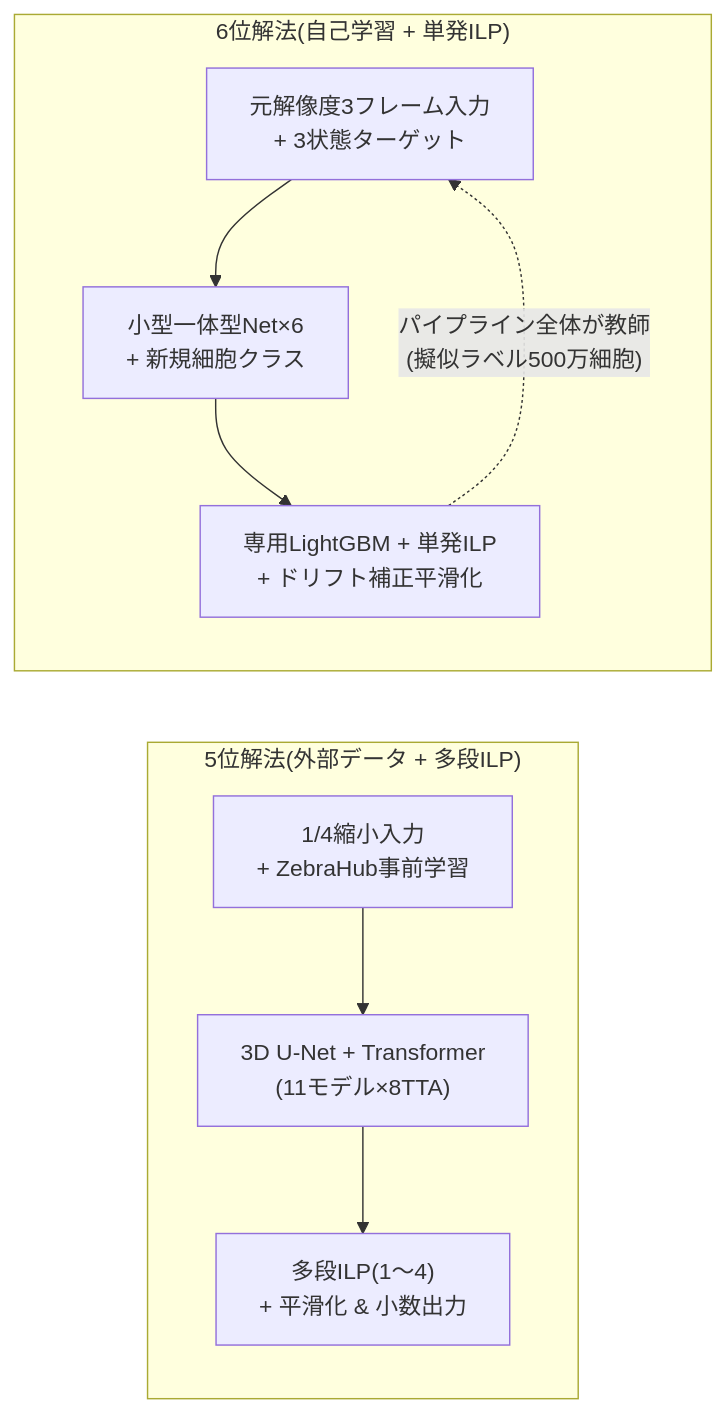
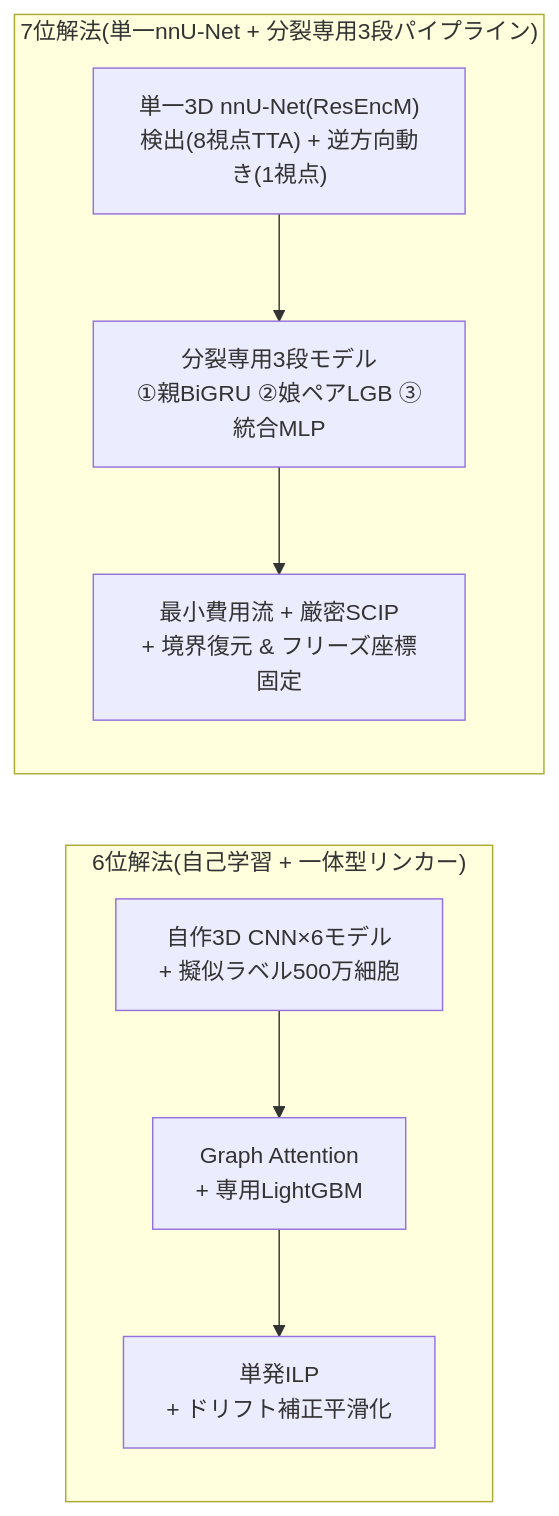
Before and after one commit to kito2718/kgle_001_BCT_Episode: the first of 5 diagrams in episode/Summary&Conclusion/7th-place-summary.md, drawn with Mermaid. The commit also changed other lines of this file, not shown here.

````diff
--- a/episode/Summary&Conclusion/7th-place-summary.md
+++ b/episode/Summary&Conclusion/7th-place-summary.md
@@ -61,11 +70,10 @@
 ```mermaid
 flowchart LR
-    subgraph Fifth["5位解法(外部データ + 多段ILP)"]
-        F1["1/4縮小入力<br/>+ ZebraHub事前学習"] --> F2["3D U-Net + Transformer<br/>(11モデル×8TTA)"] --> F3["多段ILP(1〜4)<br/>+ 平滑化 & 小数出力"]
+    subgraph Sixth["6位解法(自己学習 + 一体型リンカー)"]
+        S1["自作3D CNN×6モデル<br/>+ 擬似ラベル500万細胞"] --> S2["Graph Attention<br/>+ 専用LightGBM"] --> S3["単発ILP<br/>+ ドリフト補正平滑化"]
     end
 
-    subgraph Sixth["6位解法(自己学習 + 単発ILP)"]
-        S1["元解像度3フレーム入力<br/>+ 3状態ターゲット"] --> S2["小型一体型Net×6<br/>+ 新規細胞クラス"] --> S3["専用LightGBM + 単発ILP<br/>+ ドリフト補正平滑化"]
-        S3 -.->|"パイプライン全体が教師<br/>(擬似ラベル500万細胞)"| S1
+    subgraph Seventh["7位解法(単一nnU-Net + 分裂専用3段パイプライン)"]
+        T1["単一3D nnU-Net(ResEncM)<br/>検出(8視点TTA) + 逆方向動き(1視点)"] --> T2["分裂専用3段モデル<br/>①親BiGRU ②娘ペアLGB ③統合MLP"] --> T3["最小費用流 + 厳密SCIP<br/>+ 境界復元 & フリーズ座標固定"]
     end
 ```
````
